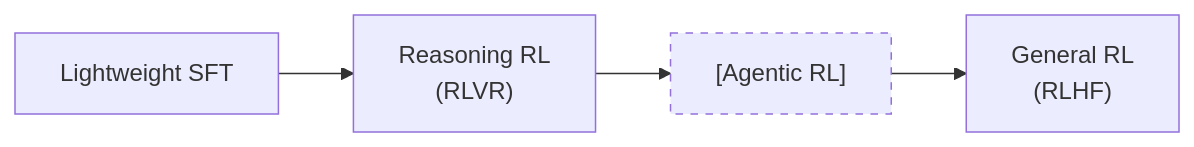
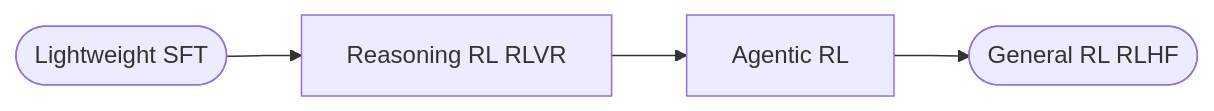
The second of 2 diagrams in docs/post-training/ch1/1.2-rlhf-rlvr.md (XavierZhang2002/agentic-rl-analysis), drawn with Mermaid before and after one commit. The commit also changed other lines of this file and 12 other files, not shown here.

First line of the commit message:
refactor: 全站 Mermaid 图表结构优化 (13 文件 23 图)

````diff
--- a/docs/post-training/ch1/1.2-rlhf-rlvr.md
+++ b/docs/post-training/ch1/1.2-rlhf-rlvr.md
@@ -85,8 +87,6 @@
 ```mermaid
 flowchart LR
-    A["Lightweight SFT"] --> B["Reasoning RL\n(RLVR)"]
-    B --> C["[Agentic RL]"]
-    C --> D["General RL\n(RLHF)"]
-    
-    style C stroke-dasharray: 5 5
+    LSFT([Lightweight SFT]) --> RRL[Reasoning RL RLVR]
+    RRL --> ARL[Agentic RL]
+    ARL --> GRL([General RL RLHF])
 ```
````
